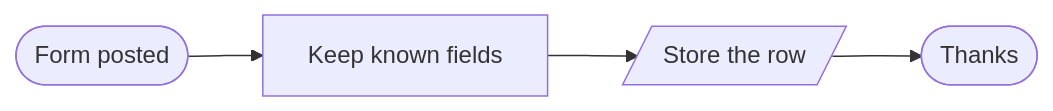
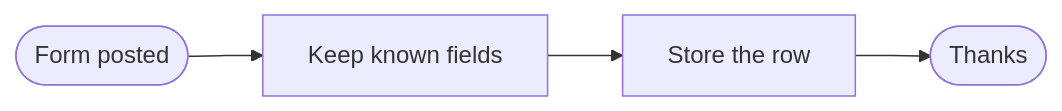
One commit to kimjoshuadr/n8n-workflows changed the first of 3 diagrams in blocks/intake/README.md. Above: the diagram before and after it, drawn with Mermaid. The commit also changed other lines of this file and 184 other files, not shown here.

Commit message:
Finish the move to named platforms: blocks, BambooHR, generated README, schema and platform marks

````diff
--- a/blocks/intake/README.md
+++ b/blocks/intake/README.md
@@ -17,10 +15,10 @@
 ```mermaid
 flowchart LR
   nycnyc4(["Form posted"])
   n4zw59m["Keep known fields"]
-  nzn8x45[/"Store the row"/]
+  nzn8x45["Store the row"]
   n23b0ds(["Thanks"])
   nycnyc4 --> n4zw59m
   n4zw59m --> nzn8x45
   nzn8x45 --> n23b0ds
 ```
````
